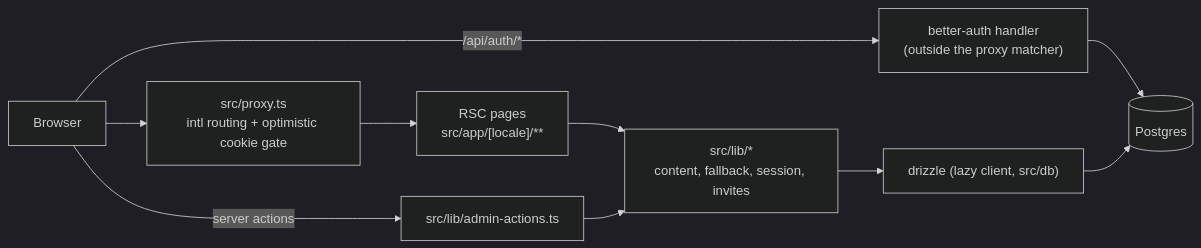
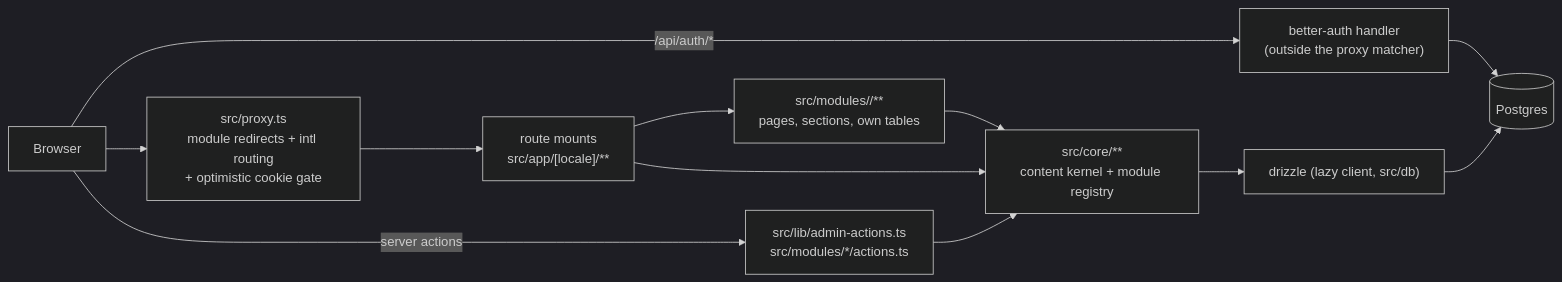
Before and after one commit to ainaive/porta: the diagram in docs/architecture.md, drawn with Mermaid (dark theme). The commit also changed other lines of this file and 8 other files, not shown here.

First line of the commit message:
feat(nav): name the three modules and document the module architecture

````diff
--- a/docs/architecture.md
+++ b/docs/architecture.md
@@ -10,12 +13,14 @@
 ```mermaid
 flowchart LR
-  B[Browser] --> P["src/proxy.ts\nintl routing + optimistic cookie gate"]
+  B[Browser] --> P["src/proxy.ts\nmodule redirects + intl routing\n+ optimistic cookie gate"]
   B -- "/api/auth/*" --> A["better-auth handler\n(outside the proxy matcher)"]
-  P --> R["RSC pages\nsrc/app/[locale]/**"]
-  R --> L["src/lib/*\ncontent, fallback, session, invites"]
-  B -- server actions --> S["src/lib/admin-actions.ts"]
-  S --> L
+  P --> R["route mounts\nsrc/app/[locale]/**"]
+  R --> M["src/modules/<id>/**\npages, sections, own tables"]
+  M --> C["src/core/**\ncontent kernel + module registry"]
+  R --> C
+  B -- server actions --> S["src/lib/admin-actions.ts\nsrc/modules/*/actions.ts"]
+  S --> C
   A --> D[(Postgres)]
-  L --> DR["drizzle (lazy client, src/db)"]
+  C --> DR["drizzle (lazy client, src/db)"]
   DR --> D
 ```
````
